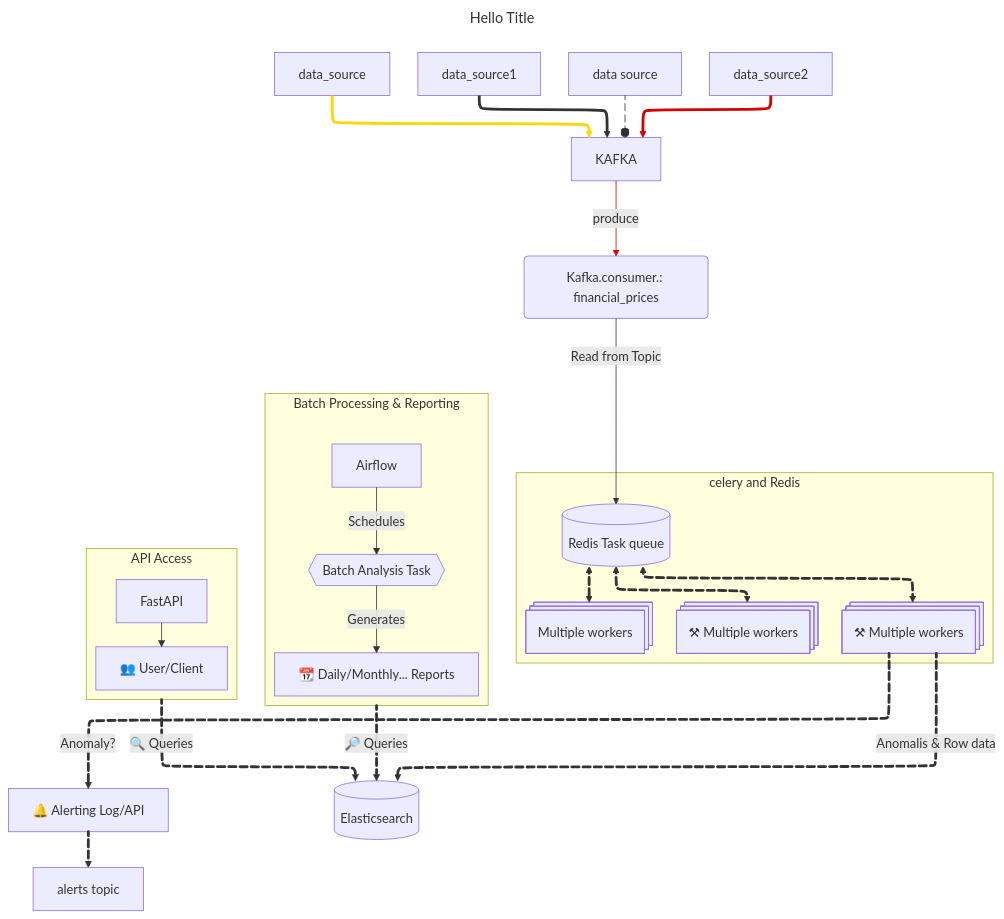
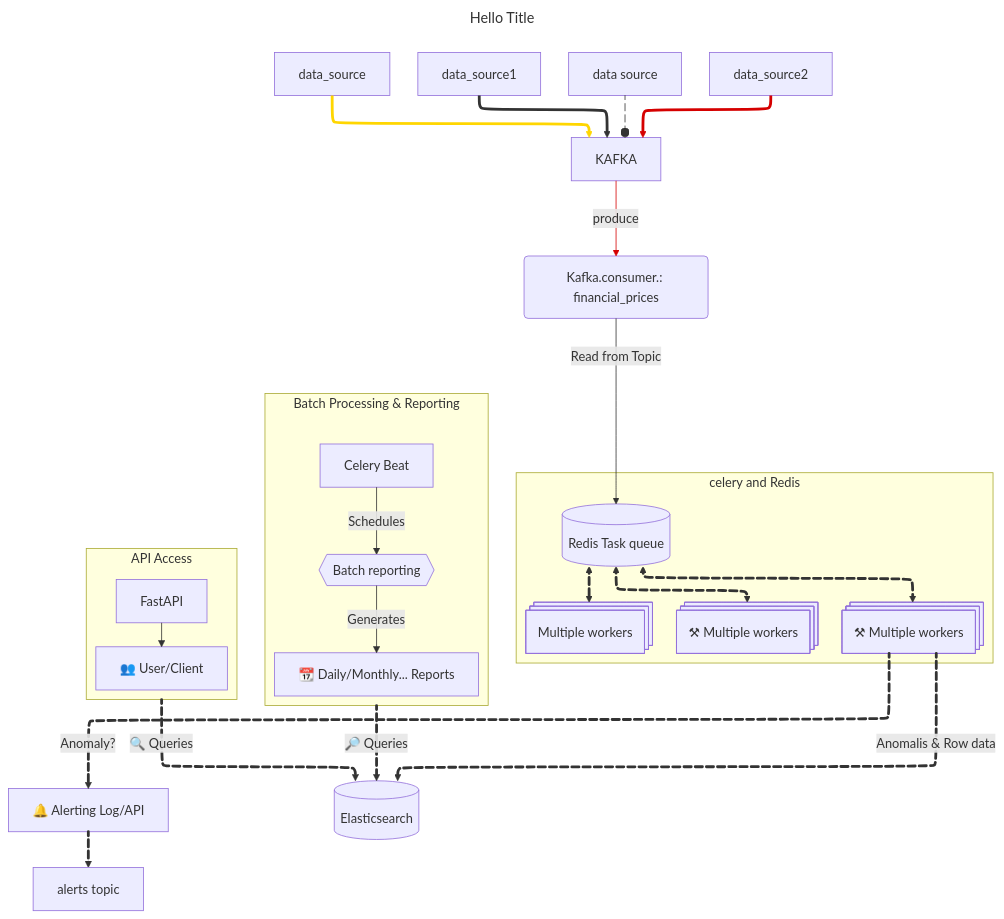
Before and after one commit to Jounaidayoub/finance: the diagram in README.md, drawn with Mermaid.

````diff
--- a/README.md
+++ b/README.md
@@ -19,63 +19,63 @@
 ```mermaid
 ---
 title: Hello Title
 config:
   flowchart:
     defaultRenderer: "elk"
 ---
 flowchart TB
  subgraph subGraph0["celery and Redis"]
         C2["⚒ Multiple workers"]
         C["⚒ Multiple workers"]
         C1["
            
          Multiple workers"]
         Redis[("Redis Task queue")]
   end
  subgraph subGraph1["Batch Processing & Reporting"]
     direction TB
-        F["Airflow"]
-        G{{"Batch Analysis Task"}}
+        F["Celery Beat"]
+        G{{"Batch reporting"}}
         H["📆 Daily/Monthly... Reports"]
   end
  subgraph subGraph2["API Access"]
     direction TB
         J["👥 User/Client"]
         I["FastAPI"]
   end
     data_source ==>Kafka_broker
     data_source1 ==>Kafka_broker
     A["data source"] e3@-.-o Kafka_broker["KAFKA"]
     data_source2 ==>Kafka_broker
     Kafka_broker -- produce --> B("Kafka.consumer.: financial_prices")
     B -- Read from Topic --> Redis
     C e8@== Anomaly? ==> D["🔔 Alerting Log/API"]
     D e2@==> alerts["alerts topic"]
     C e5@== Anomalis & Row data ==> E[("Elasticsearch")]
     F -- Schedules --> G
     subGraph1 e7@== 🔎 Queries ==> E
     G -- Generates --> H
     subGraph2 e6@== 🔍 Queries ==> E
     I --> J
     Redis e4@<==> C
     Redis e99@<==> C1
     Redis e98@<==> C2
 
     C@{ shape: processes}
     C2@{ shape: processes}
     C1@{ shape: processes}
     style subGraph0 color:none
     linkStyle 0 stroke:#FFD600,fill:none
     linkStyle 3 stroke:#D50000
     linkStyle 4 stroke:#D50000,fill:none
 
     e3@{ animate: true, animation: slow } 
     e8@{ animate: true } 
     e2@{ animate: true } 
     e5@{ animate: true } 
     e7@{ animate: true } 
     e6@{ animate: true } 
     e4@{ animate: true } 
     e99@{ animate: true } 
     e98@{ animate: true } 
 ```
````
